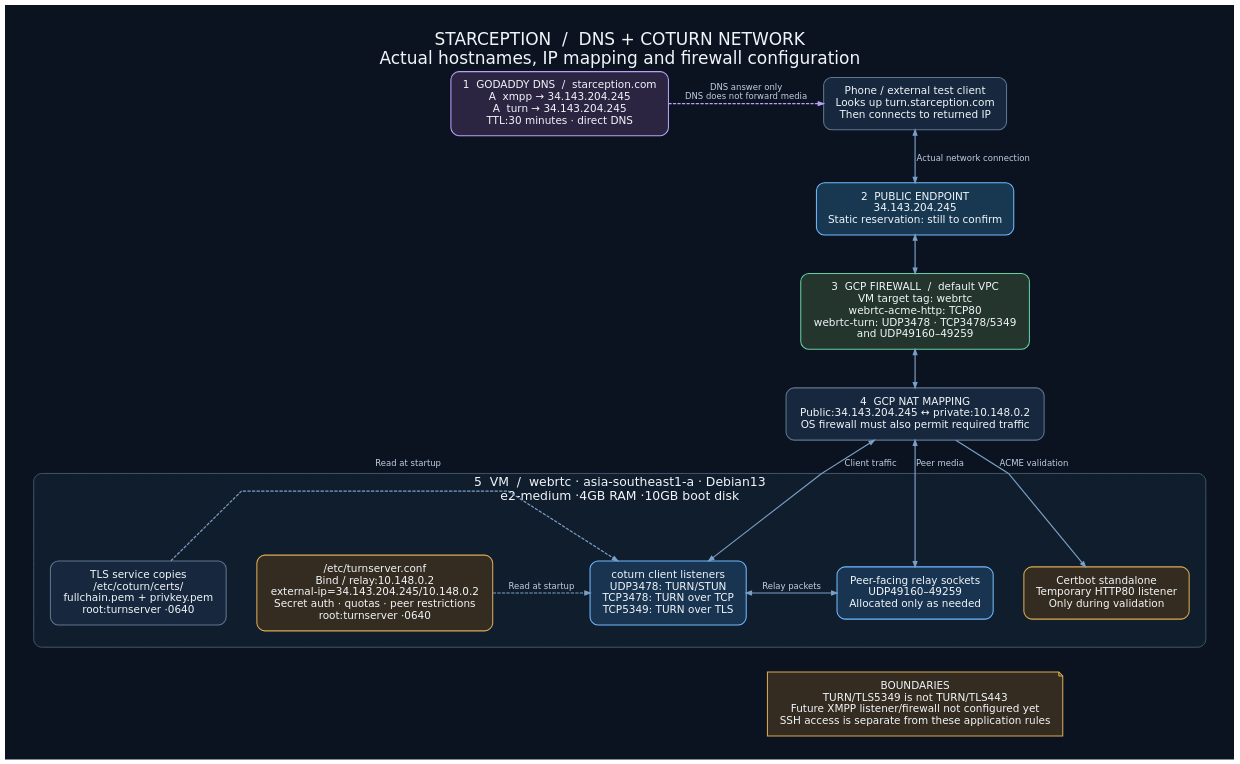
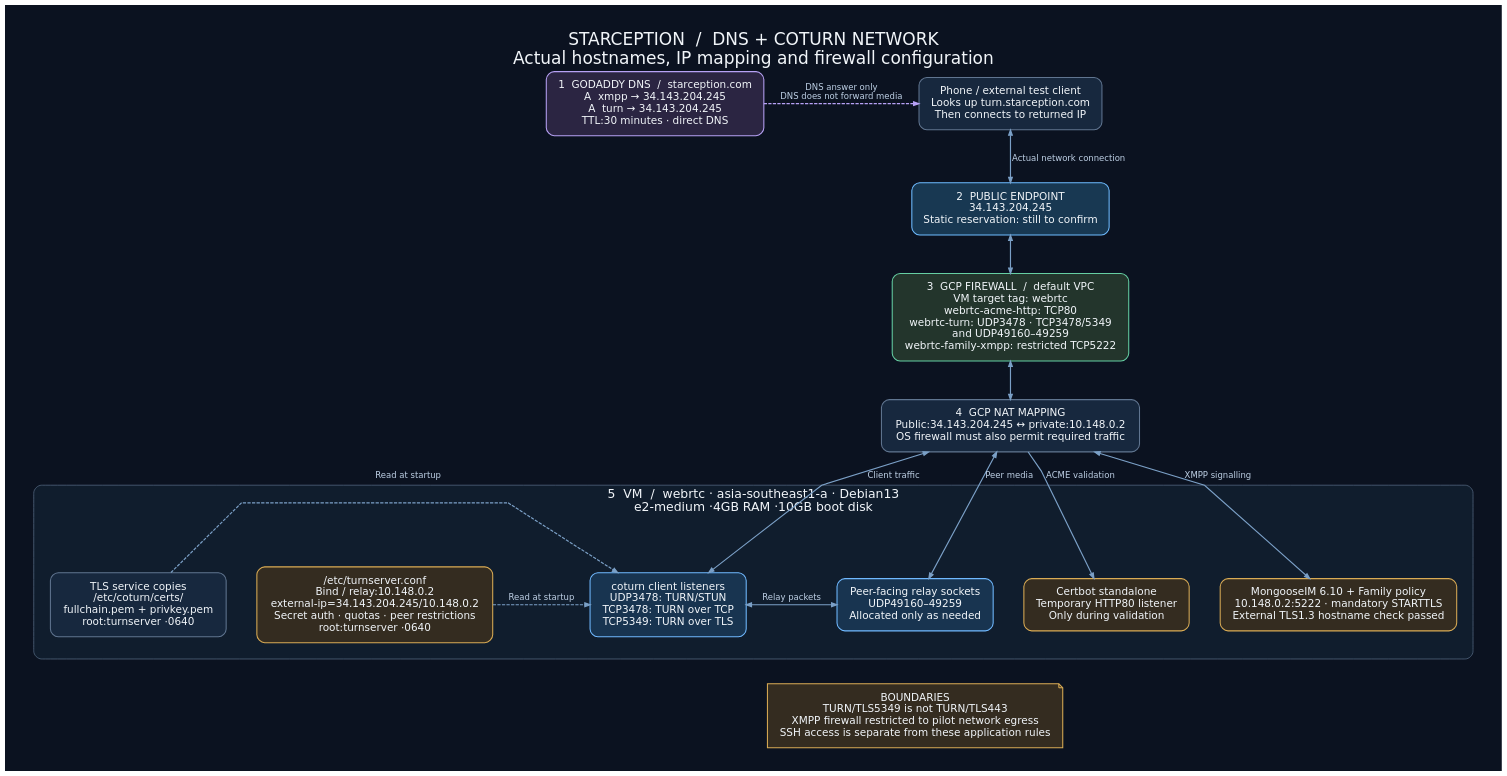
The diagram in docs/images/calling/network-and-dns.dot (nazmul-cs-us/nowinandroid), drawn with Graphviz before and after one commit. The commit also changed 14 other files, not shown here.

```diff
--- a/docs/images/calling/network-and-dns.dot
+++ b/docs/images/calling/network-and-dns.dot
@@ -1,32 +1,34 @@
 digraph Network {
  graph [rankdir=TB, bgcolor="#0B1220", pad="0.5", nodesep="0.65", ranksep="0.8", splines=polyline, fontname="DejaVu Sans", fontcolor="#F1F5F9", label="STARCEPTION  /  DNS + COTURN NETWORK\nActual hostnames, IP mapping and firewall configuration", labelloc=t, fontsize=26];
  node [shape=box, style="rounded,filled", fontname="DejaVu Sans", fontsize=16, fontcolor="#F1F5F9", color="#607590", fillcolor="#17283E", penwidth=1.6, margin="0.24,0.18"];
  edge [fontname="DejaVu Sans", fontsize=13, fontcolor="#BED0E5", color="#7BA0C7", penwidth=1.8, arrowsize=0.8];
  dns [label="1  GODADDY DNS  /  starception.com\nA  xmpp → 34.143.204.245\nA  turn → 34.143.204.245\nTTL:30 minutes · direct DNS", color="#B7A1F5", fillcolor="#2B2542"];
  client [label="Phone / external test client\nLooks up turn.starception.com\nThen connects to returned IP"];
  {rank=same;dns;client;}
  dns -> client [style=dashed,label="DNS answer only\nDNS does not forward media", color="#B7A1F5"];
  ip [label="2  PUBLIC ENDPOINT\n34.143.204.245\nStatic reservation: still to confirm", color="#6EBBFF", fillcolor="#183852"];
  client -> ip [dir=both,label="Actual network connection"];
- fw [label="3  GCP FIREWALL  /  default VPC\nVM target tag: webrtc\nwebrtc-acme-http: TCP80\nwebrtc-turn: UDP3478 · TCP3478/5349\nand UDP49160–49259", fillcolor="#23352C", color="#65CEA2"];
+ fw [label="3  GCP FIREWALL  /  default VPC\nVM target tag: webrtc\nwebrtc-acme-http: TCP80\nwebrtc-turn: UDP3478 · TCP3478/5349\nand UDP49160–49259\nwebrtc-family-xmpp: restricted TCP5222", fillcolor="#23352C", color="#65CEA2"];
  ip -> fw [dir=both];
  nat [label="4  GCP NAT MAPPING\nPublic:34.143.204.245 ↔ private:10.148.0.2\nOS firewall must also permit required traffic"];
  fw -> nat [dir=both];
  subgraph cluster_vm {
  label="5  VM  /  webrtc · asia-southeast1-a · Debian13\ne2-medium ·4GB RAM ·10GB boot disk"; fontsize=19; color="#607590"; style="rounded,filled"; fillcolor="#101D2D"; margin=25;
  listeners [label="coturn client listeners\nUDP3478: TURN/STUN\nTCP3478: TURN over TCP\nTCP5349: TURN over TLS", color="#70B9FF", fillcolor="#183450"];
  relay [label="Peer-facing relay sockets\nUDP49160–49259\nAllocated only as needed", color="#70B9FF", fillcolor="#183450"];
  acme [label="Certbot standalone\nTemporary HTTP80 listener\nOnly during validation", color="#D9AB54", fillcolor="#342C20"];
+ xmpp [label="MongooseIM 6.10 + Family policy\n10.148.0.2:5222 · mandatory STARTTLS\nExternal TLS1.3 hostname check passed", color="#D9AB54", fillcolor="#342C20"];
  {rank=same;listeners;relay;acme;}
  listeners -> relay [dir=both,label="Relay packets",constraint=false];
  config [label="/etc/turnserver.conf\nBind / relay:10.148.0.2\nexternal-ip=34.143.204.245/10.148.0.2\nSecret auth · quotas · peer restrictions\nroot:turnserver ·0640", color="#D9AB54", fillcolor="#342C20"];
  config -> listeners [style=dashed,label="Read at startup",constraint=false];
  cert [label="TLS service copies\n/etc/coturn/certs/\nfullchain.pem + privkey.pem\nroot:turnserver ·0640"];
  cert -> listeners [style=dashed,label="Read at startup",constraint=false];
  }
  nat -> listeners [dir=both,label="Client traffic"];
  nat -> relay [dir=both,label="Peer media"];
  nat -> acme [label="ACME validation"];
- note [label="BOUNDARIES\nTURN/TLS5349 is not TURN/TLS443\nFuture XMPP listener/firewall not configured yet\nSSH access is separate from these application rules",shape=note,color="#D9AB54",fillcolor="#342C20"];
+ nat -> xmpp [dir=both,label="XMPP signalling"];
+ note [label="BOUNDARIES\nTURN/TLS5349 is not TURN/TLS443\nXMPP firewall restricted to pilot network egress\nSSH access is separate from these application rules",shape=note,color="#D9AB54",fillcolor="#342C20"];
  relay -> note [style=invis];
 }
```
